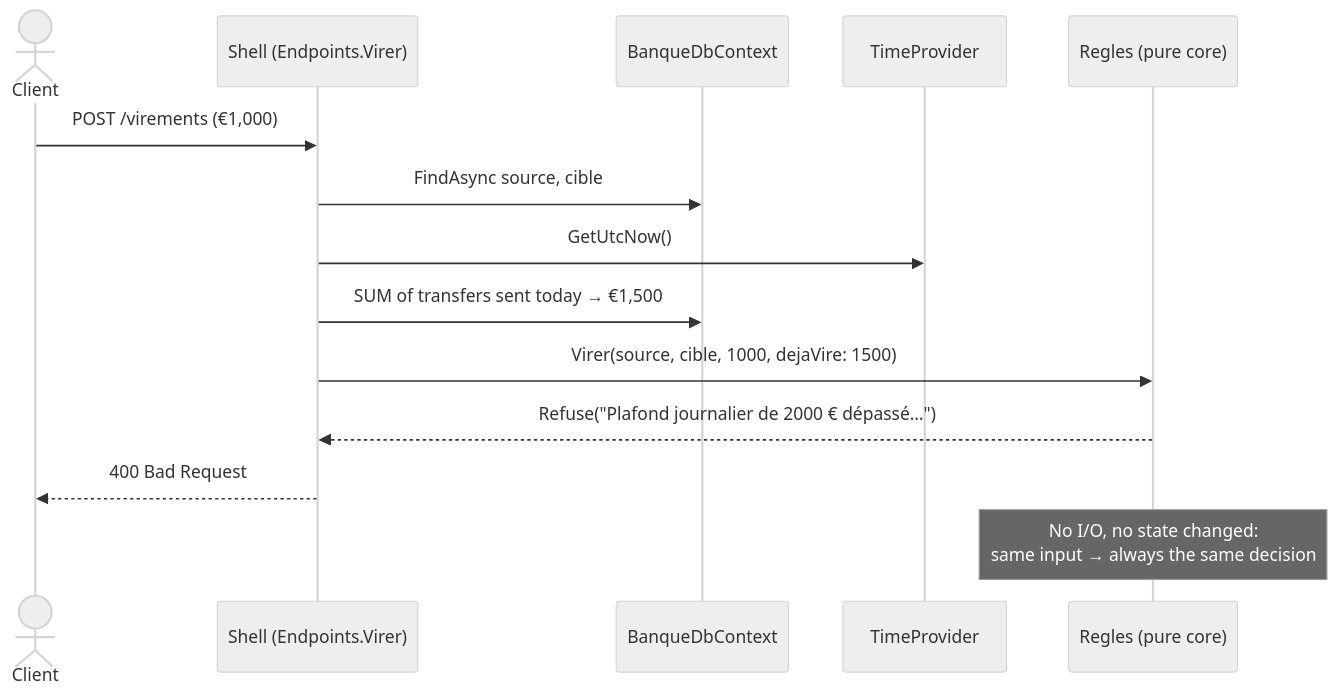
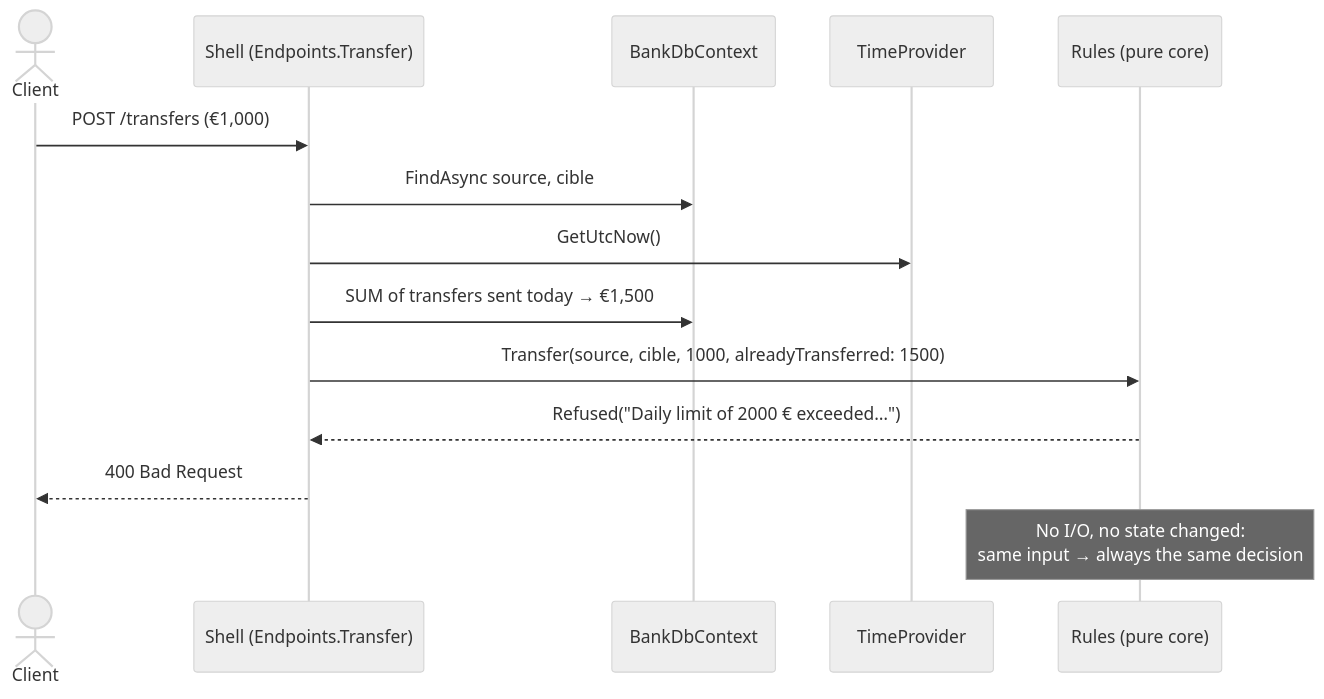
The second of 2 diagrams in Docs/en/04-coeur-fonctionnel.md (drangoht/ArchitecturesDemo), drawn with Mermaid (neutral theme) before and after one commit. The commit also changed other lines of this file and 78 other files, not shown here.

First line of the commit message:
Docs EN : identifiants, liens, diagrammes et sorties alignés sur le code anglais

````diff
--- a/Docs/en/04-coeur-fonctionnel.md
+++ b/Docs/en/04-coeur-fonctionnel.md
@@ -146,16 +146,16 @@
 ```mermaid
 sequenceDiagram
     actor Client
-    participant S as Shell (Endpoints.Virer)
-    participant DB as BanqueDbContext
+    participant S as Shell (Endpoints.Transfer)
+    participant DB as BankDbContext
     participant H as TimeProvider
-    participant R as Regles (pure core)
-    Client->>S: POST /virements (€1,000)
+    participant R as Rules (pure core)
+    Client->>S: POST /transfers (€1,000)
     S->>DB: FindAsync source, cible
     S->>H: GetUtcNow()
     S->>DB: SUM of transfers sent today → €1,500
-    S->>R: Virer(source, cible, 1000, dejaVire: 1500)
-    R-->>S: Refuse("Plafond journalier de 2000 € dépassé…")
+    S->>R: Transfer(source, cible, 1000, alreadyTransferred: 1500)
+    R-->>S: Refused("Daily limit of 2000 € exceeded…")
     S-->>Client: 400 Bad Request
     Note over R: No I/O, no state changed:<br/>same input → always the same decision
 ```
````
